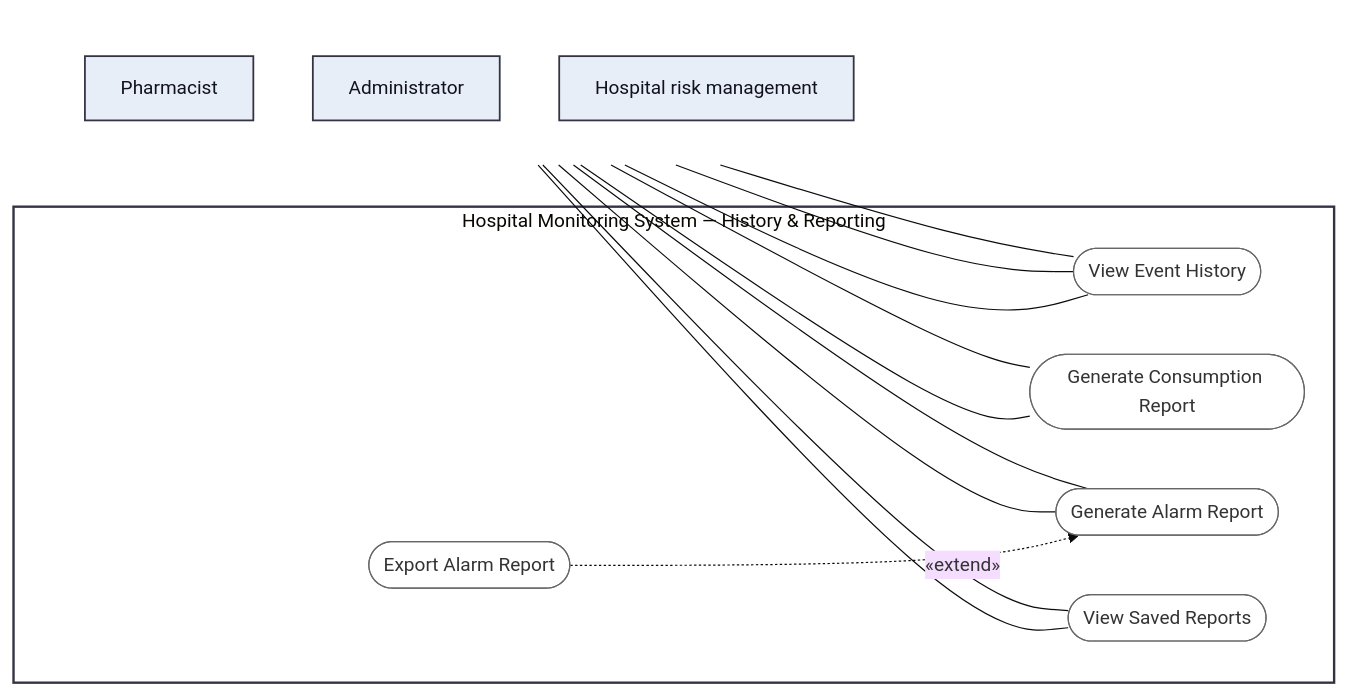
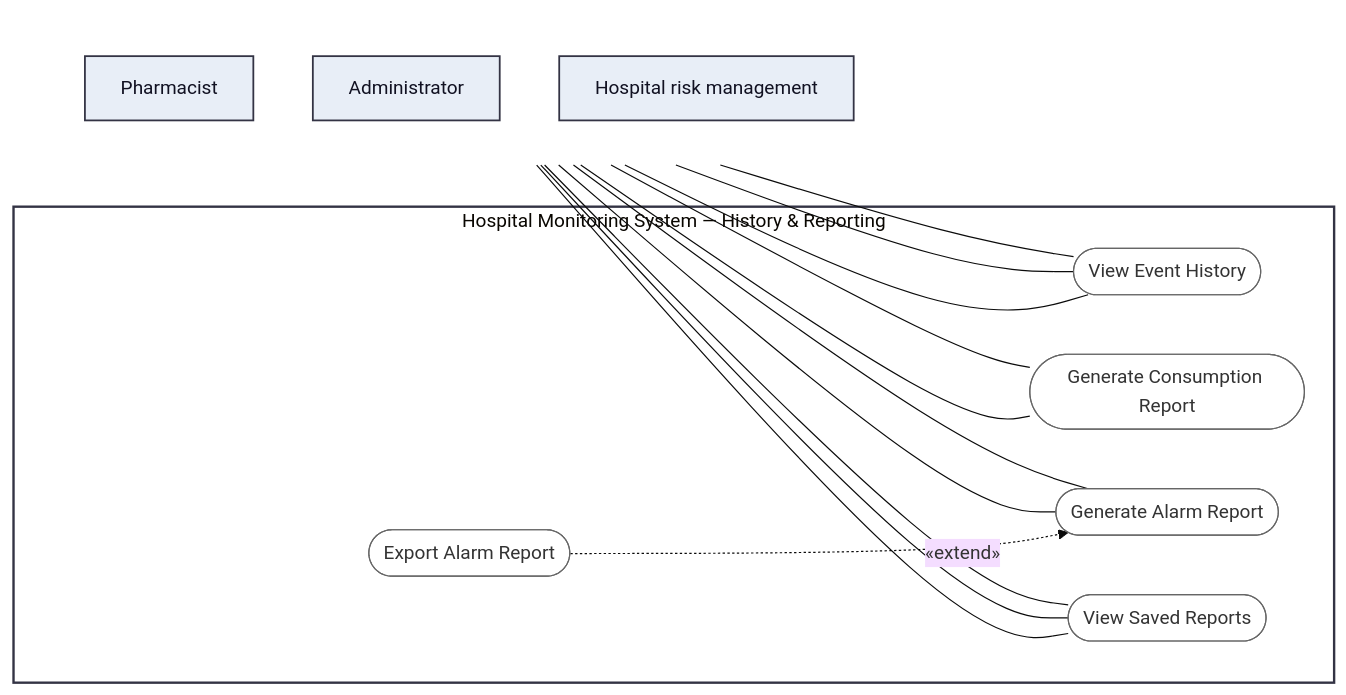
Before and after one commit to LukaMrt/3K04-project: the sixth of 7 diagrams in docs/part-b/diagrams/use-case-diagram.md, drawn with Mermaid (base theme). The commit also changed other lines of this file and 10 other files, not shown here.

````diff
--- a/docs/part-b/diagrams/use-case-diagram.md
+++ b/docs/part-b/diagrams/use-case-diagram.md
@@ -218,36 +186,37 @@
 ```mermaid
 flowchart LR
     subgraph Actors[" "]
         direction TB
         Pharmacist["Pharmacist"]
         Admin["Administrator"]
         RiskMgmt["Hospital risk management"]
     end
 
     subgraph MS["Hospital Monitoring System — History & Reporting"]
         ViewHistory(["View Event History"])
         GenConsumeReport(["Generate Consumption Report"])
         GenAlarmReport(["Generate Alarm Report"])
         ExportAlarmReport(["Export Alarm Report"])
         ViewSavedReports(["View Saved Reports"])
     end
 
     Pharmacist --- ViewHistory
     Pharmacist --- GenConsumeReport
     Pharmacist --- ViewSavedReports
     Admin --- ViewHistory
     Admin --- GenConsumeReport
     Admin --- GenAlarmReport
     Admin --- ViewSavedReports
     RiskMgmt --- ViewHistory
     RiskMgmt --- GenAlarmReport
+    RiskMgmt --- ViewSavedReports
 
     ExportAlarmReport -. "«extend»" .-> GenAlarmReport
 
     classDef actor fill:#e8eef7,stroke:#334,stroke-width:1.5px,color:#112;
     classDef usecase fill:#fff,stroke:#666,stroke-width:1px;
     class Pharmacist,Admin,RiskMgmt actor;
     class ViewHistory,GenConsumeReport,GenAlarmReport,ExportAlarmReport,ViewSavedReports usecase;
     style Actors fill:none,stroke:none;
     style MS fill:none,stroke:#334,stroke-width:2px;
 ```
````
